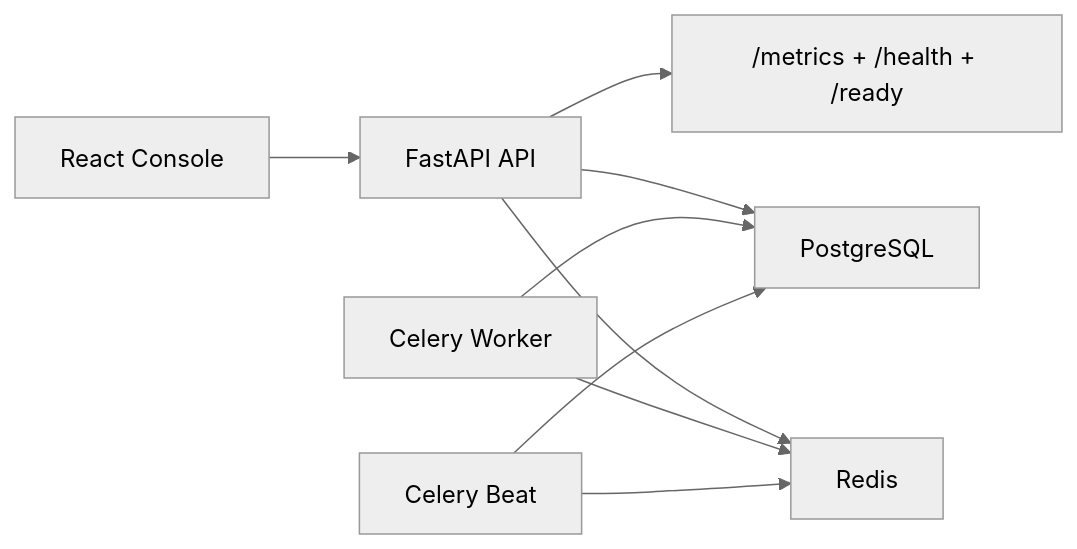
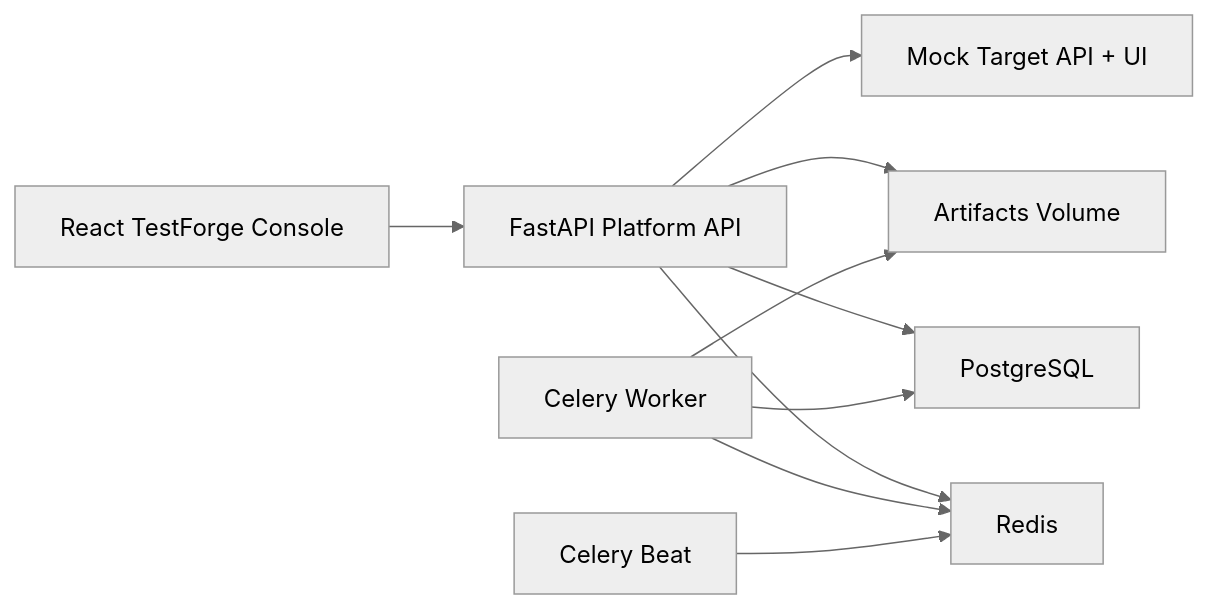
One commit to vamshi1512/SignalOps changed the diagram in README.md. Above: the diagram before and after it, drawn with Mermaid (neutral theme). The commit also changed other lines of this file and 116 other files, not shown here.

Commit message:
feat: ship TestForge portfolio platform

````diff
--- a/README.md
+++ b/README.md
@@ -21,11 +28,12 @@
 ```mermaid
 flowchart LR
-  UI["React Console"] --> API["FastAPI API"]
+  UI["React TestForge Console"] --> API["FastAPI Platform API"]
   API --> PG["PostgreSQL"]
   API --> Redis["Redis"]
+  API --> Artifacts["Artifacts Volume"]
   Worker["Celery Worker"] --> Redis
   Beat["Celery Beat"] --> Redis
   Worker --> PG
-  Beat --> PG
-  API --> Metrics["/metrics + /health + /ready"]
+  Worker --> Artifacts
+  API --> Mock["Mock Target API + UI"]
 ```
````
